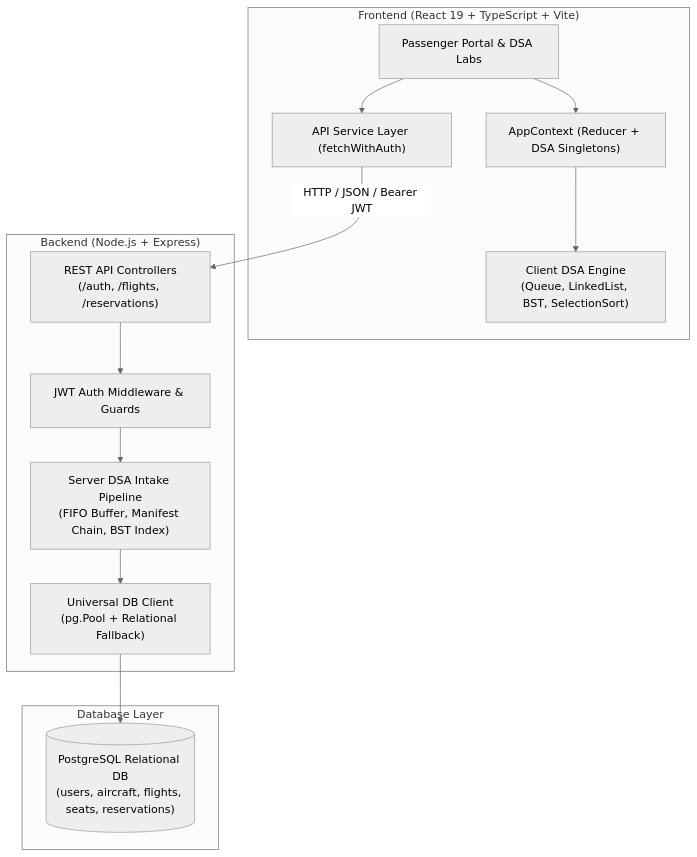
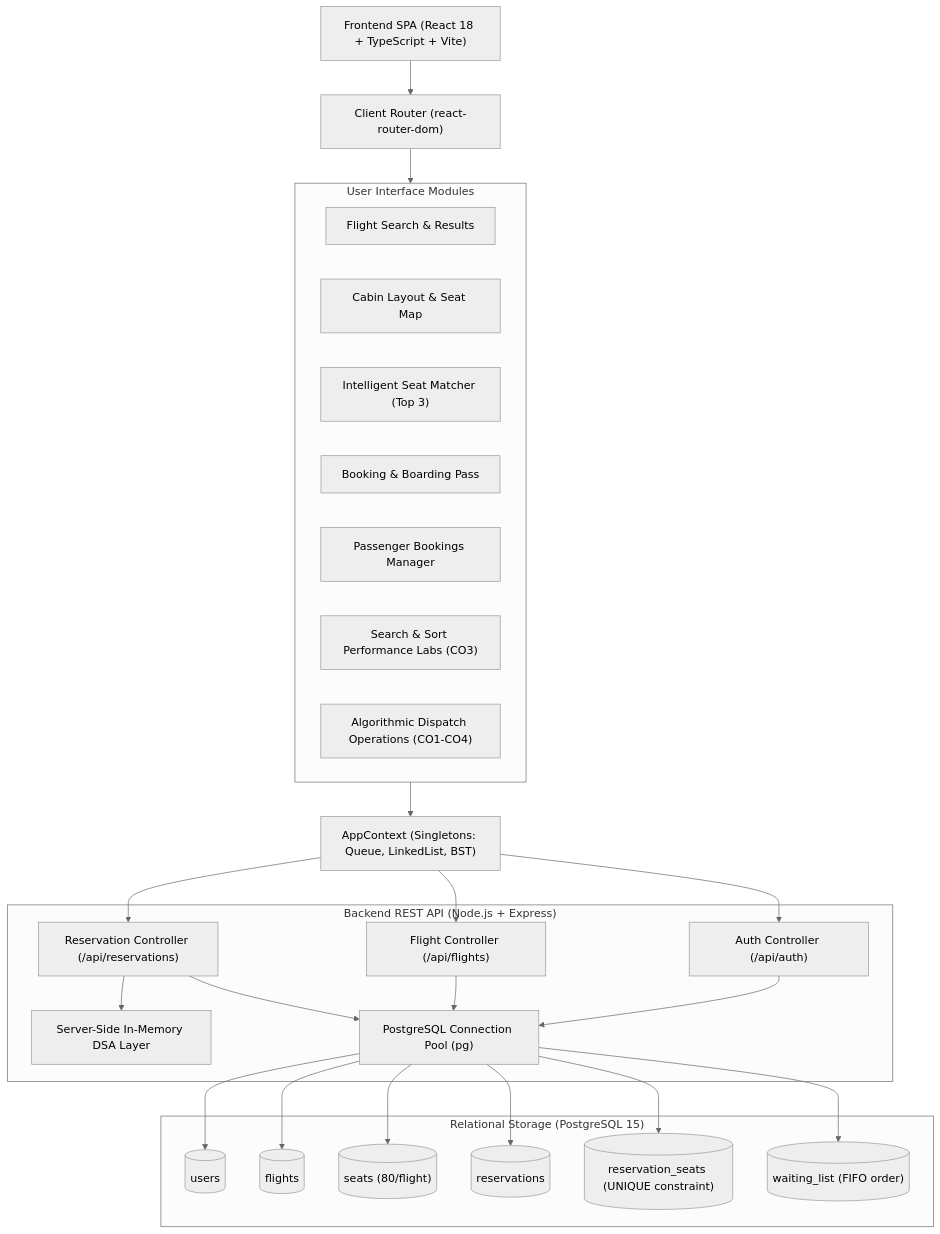
The diagram in README.md (Rishva-J-404/Airline-Seat-Reservation-project), drawn with Mermaid (neutral theme) before and after one commit. The commit also changed other lines of this file and 41 other files, not shown here.

````diff
--- a/README.md
+++ b/README.md
@@ -17,29 +41,52 @@
 ```mermaid
-flowchart TD
-    subgraph Client ["Frontend (React 19 + TypeScript + Vite)"]
-        UI["Passenger Portal & DSA Labs"]
-        State["AppContext (Reducer + DSA Singletons)"]
-        ClientDSA["Client DSA Engine\n(Queue, LinkedList, BST, SelectionSort)"]
-        APIClient["API Service Layer (fetchWithAuth)"]
+graph TD
+    Client["Frontend SPA (React 18 + TypeScript + Vite)"]
+    Router["Client Router (react-router-dom)"]
+    AppContext["AppContext (Singletons: Queue, LinkedList, BST)"]
+    
+    subgraph UI_Modules["User Interface Modules"]
+        FlightSearch["Flight Search & Results"]
+        SeatSelection["Cabin Layout & Seat Map"]
+        RecEngine["Intelligent Seat Matcher (Top 3)"]
+        BookingConfirm["Booking & Boarding Pass"]
+        MyBookings["Passenger Bookings Manager"]
+        PerfLabs["Search & Sort Performance Labs (CO3)"]
+        DSADashboard["Algorithmic Dispatch Operations (CO1-CO4)"]
     end
 
-    subgraph Server ["Backend (Node.js + Express)"]
-        REST["REST API Controllers\n(/auth, /flights, /reservations)"]
-        AuthMid["JWT Auth Middleware & Guards"]
-        ServerDSA["Server DSA Intake Pipeline\n(FIFO Buffer, Manifest Chain, BST Index)"]
-        DBAdapter["Universal DB Client\n(pg.Pool + Relational Fallback)"]
+    subgraph Backend_API["Backend REST API (Node.js + Express)"]
+        AuthCtrl["Auth Controller (/api/auth)"]
+        FlightCtrl["Flight Controller (/api/flights)"]
+        ResCtrl["Reservation Controller (/api/reservations)"]
+        DSAServer["Server-Side In-Memory DSA Layer"]
+        DBPool["PostgreSQL Connection Pool (pg)"]
     end
 
-    subgraph Storage ["Database Layer"]
-        PG[("PostgreSQL Relational DB\n(users, aircraft, flights, seats, reservations)")]
+    subgraph Database_Layer["Relational Storage (PostgreSQL 15)"]
+        UsersTbl[("users")]
+        FlightsTbl[("flights")]
+        SeatsTbl[("seats (80/flight)")]
+        ResTbl[("reservations")]
+        ResSeatsTbl[("reservation_seats (UNIQUE constraint)")]
+        WaitListTbl[("waiting_list (FIFO order)")]
     end
 
-    UI --> State
-    State --> ClientDSA
-    UI --> APIClient
-    APIClient -->|HTTP / JSON / Bearer JWT| REST
-    REST --> AuthMid
-    AuthMid --> ServerDSA
-    ServerDSA --> DBAdapter
-    DBAdapter --> PG
+    Client --> Router
+    Router --> UI_Modules
+    UI_Modules --> AppContext
+    AppContext --> ResCtrl
+    AppContext --> FlightCtrl
+    AppContext --> AuthCtrl
+    
+    AuthCtrl --> DBPool
+    FlightCtrl --> DBPool
+    ResCtrl --> DBPool
+    ResCtrl --> DSAServer
+
+    DBPool --> UsersTbl
+    DBPool --> FlightsTbl
+    DBPool --> SeatsTbl
+    DBPool --> ResTbl
+    DBPool --> ResSeatsTbl
+    DBPool --> WaitListTbl
 ```
````
